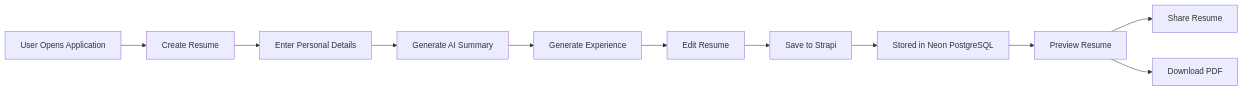
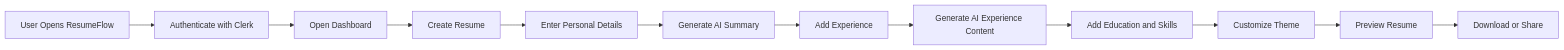
The first of 5 diagrams in README.md (Ayyah-Coded/ResumeFlow), drawn with Mermaid before and after one commit. The commit also changed other lines of this file, not shown here.

````diff
--- a/README.md
+++ b/README.md
@@ -240,25 +218,14 @@
 ```mermaid
 flowchart LR
-
-A[User Opens Application]
-
-A --> B[Create Resume]
-
-B --> C[Enter Personal Details]
-
-C --> D[Generate AI Summary]
-
-D --> E[Generate Experience]
-
-E --> F[Edit Resume]
-
-F --> G[Save to Strapi]
-
-G --> H[Stored in Neon PostgreSQL]
-
-H --> I[Preview Resume]
-
-I --> J[Share Resume]
-
-I --> K[Download PDF]
+    A[User Opens ResumeFlow] --> B[Authenticate with Clerk]
+    B --> C[Open Dashboard]
+    C --> D[Create Resume]
+    D --> E[Enter Personal Details]
+    E --> F[Generate AI Summary]
+    F --> G[Add Experience]
+    G --> H[Generate AI Experience Content]
+    H --> I[Add Education and Skills]
+    I --> J[Customize Theme]
+    J --> K[Preview Resume]
+    K --> L[Download or Share]
 ```
````
